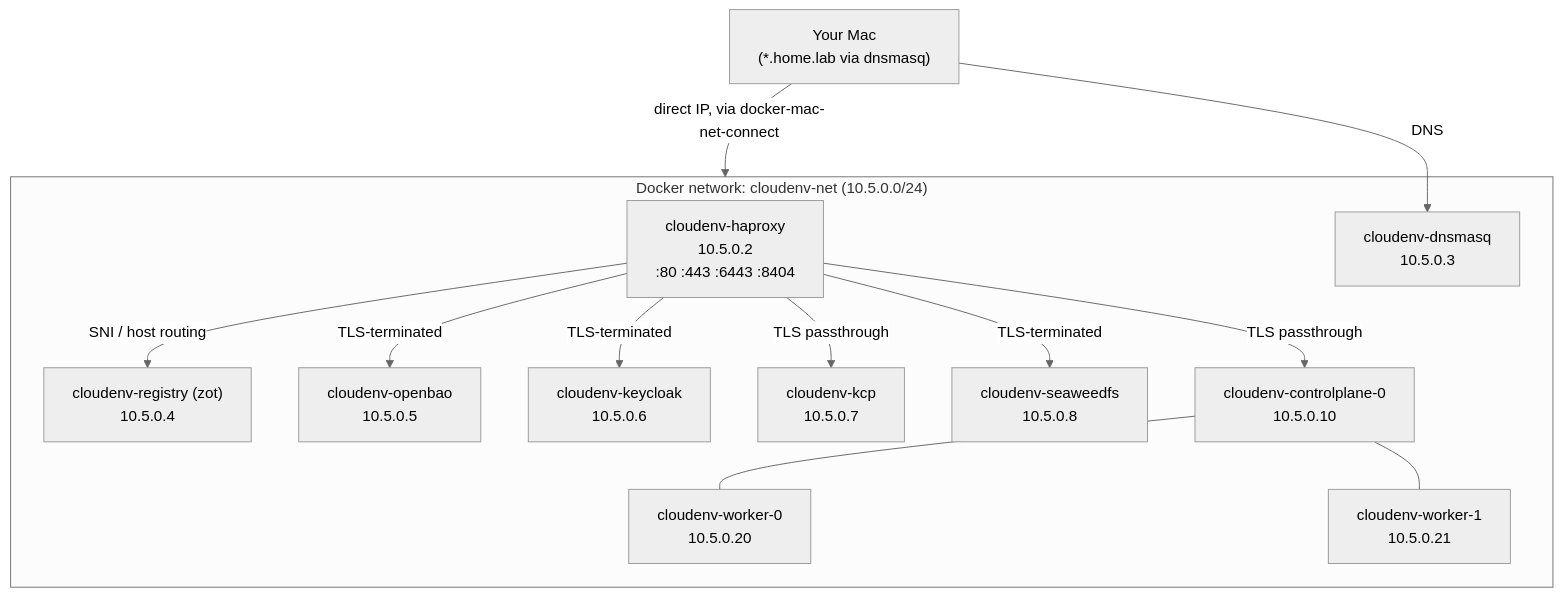
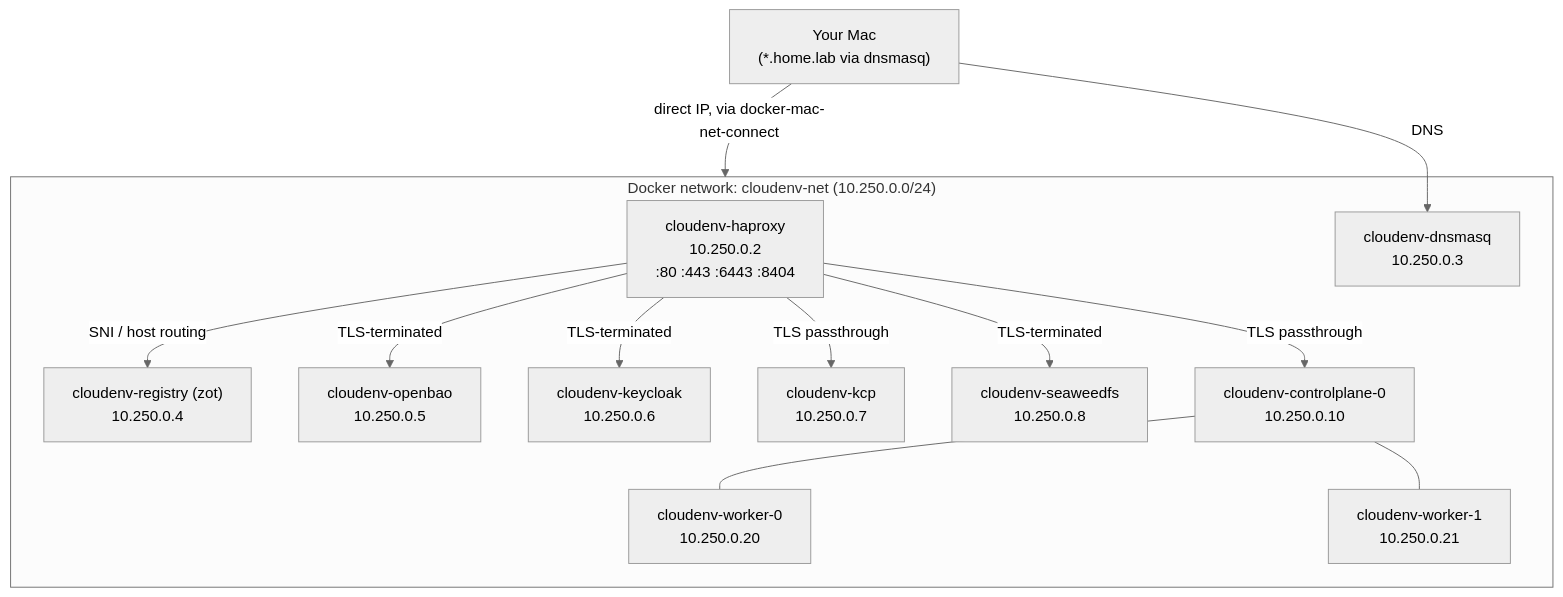
Before and after one commit to Kallepan/cloudenv: the diagram in README.md, drawn with Mermaid (neutral theme). The commit also changed other lines of this file and 6 other files, not shown here.

````diff
--- a/README.md
+++ b/README.md
@@ -7,28 +7,28 @@
 ```mermaid
 flowchart TB
     Host["Your Mac<br/>(*.home.lab via dnsmasq)"]
 
-    subgraph net["Docker network: cloudenv-net (10.5.0.0/24)"]
-        HAProxy["cloudenv-haproxy<br/>10.5.0.2<br/>:80 :443 :6443 :8404"]
-        DNS["cloudenv-dnsmasq<br/>10.5.0.3"]
-        Registry["cloudenv-registry (zot)<br/>10.5.0.4"]
-        OpenBao["cloudenv-openbao<br/>10.5.0.5"]
-        Keycloak["cloudenv-keycloak<br/>10.5.0.6"]
-        KCP["cloudenv-kcp<br/>10.5.0.7"]
-        SeaweedFS["cloudenv-seaweedfs<br/>10.5.0.8"]
-        CP["cloudenv-controlplane-0<br/>10.5.0.10"]
-        W0["cloudenv-worker-0<br/>10.5.0.20"]
-        W1["cloudenv-worker-1<br/>10.5.0.21"]
+    subgraph net["Docker network: cloudenv-net (10.250.0.0/24)"]
+      HAProxy["cloudenv-haproxy<br/>10.250.0.2<br/>:80 :443 :6443 :8404"]
+      DNS["cloudenv-dnsmasq<br/>10.250.0.3"]
+      Registry["cloudenv-registry (zot)<br/>10.250.0.4"]
+      OpenBao["cloudenv-openbao<br/>10.250.0.5"]
+      Keycloak["cloudenv-keycloak<br/>10.250.0.6"]
+      KCP["cloudenv-kcp<br/>10.250.0.7"]
+      SeaweedFS["cloudenv-seaweedfs<br/>10.250.0.8"]
+      CP["cloudenv-controlplane-0<br/>10.250.0.10"]
+      W0["cloudenv-worker-0<br/>10.250.0.20"]
+      W1["cloudenv-worker-1<br/>10.250.0.21"]
     end
 
     Host -->|DNS| DNS
     Host -->|direct IP, via docker-mac-net-connect| net
     HAProxy -->|SNI / host routing| Registry
     HAProxy -->|TLS-terminated| OpenBao
     HAProxy -->|TLS-terminated| Keycloak
     HAProxy -->|TLS-terminated| SeaweedFS
     HAProxy -->|TLS passthrough| KCP
     HAProxy -->|TLS passthrough| CP
     CP --- W0
     CP --- W1
 ```
````
